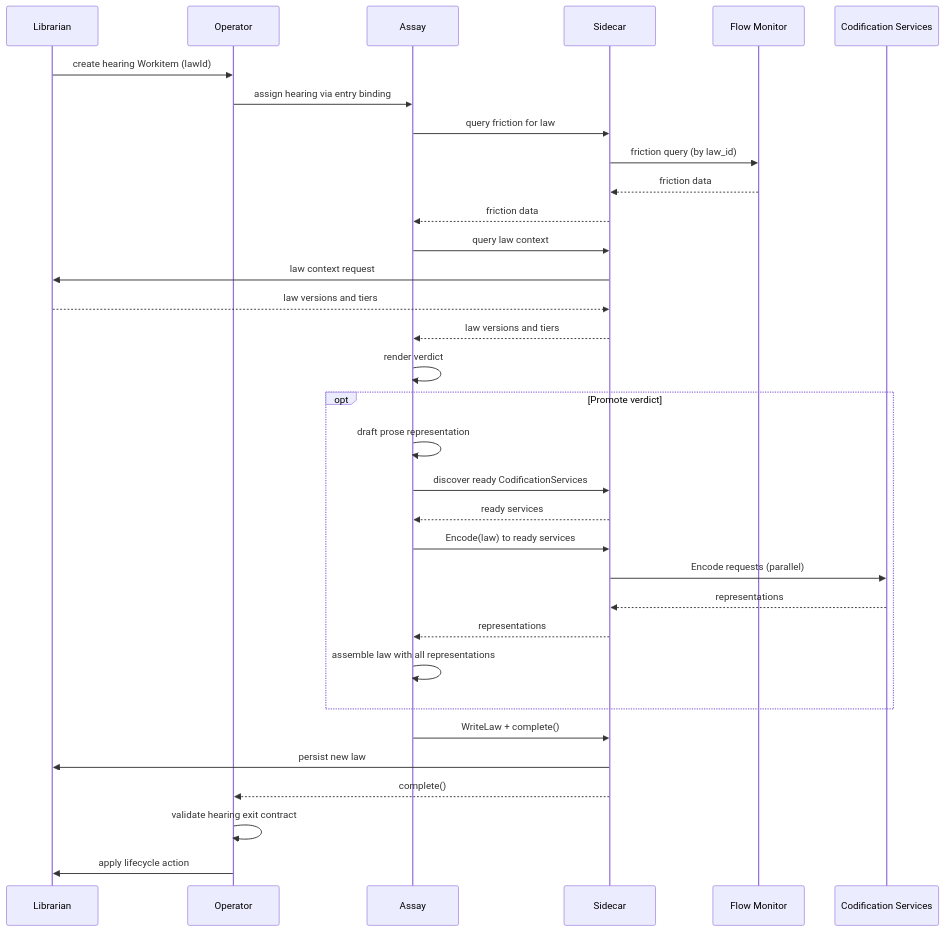
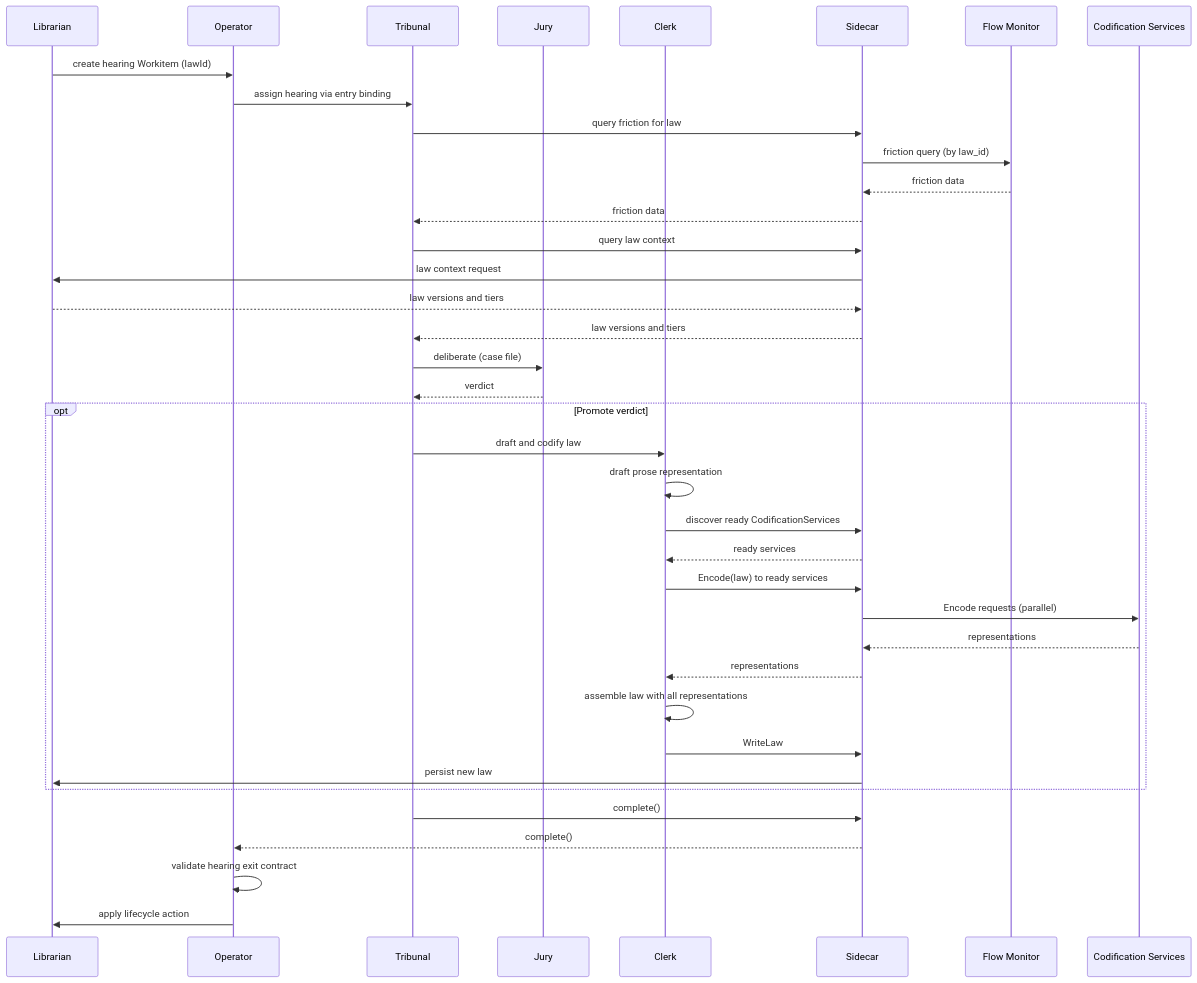
One commit to really-knows-ai/gideas changed the fourth of 4 diagrams in specs/02-flow/04-system-services.md. Above: the diagram before and after it, drawn with Mermaid. The commit also changed other lines of this file and 34 other files, not shown here.

First line of the commit message:
refactor: decompose Assay into Judiciary subsystem (Arbiter, Tribunal, Advocate, Jury, Clerk)

````diff
--- a/specs/02-flow/04-system-services.md
+++ b/specs/02-flow/04-system-services.md
@@ -238,36 +295,41 @@
 ```mermaid
 sequenceDiagram
     participant LB as Librarian
     participant OP as Operator
-    participant AS as Assay
+    participant TB as Tribunal
+    participant JR as Jury
+    participant CL as Clerk
     participant SC as Sidecar
     participant FM as Flow Monitor
     participant CS as Codification Services
 
     LB->>OP: create hearing Workitem (lawId)
-    OP->>AS: assign hearing via entry binding
-    AS->>SC: query friction for law
+    OP->>TB: assign hearing via entry binding
+    TB->>SC: query friction for law
     SC->>FM: friction query (by law_id)
     FM-->>SC: friction data
-    SC-->>AS: friction data
-    AS->>SC: query law context
+    SC-->>TB: friction data
+    TB->>SC: query law context
     SC->>LB: law context request
     LB-->>SC: law versions and tiers
-    SC-->>AS: law versions and tiers
-    AS->>AS: render verdict
+    SC-->>TB: law versions and tiers
+    TB->>JR: deliberate (case file)
+    JR-->>TB: verdict
     opt Promote verdict
-        AS->>AS: draft prose representation
-        AS->>SC: discover ready CodificationServices
-        SC-->>AS: ready services
-        AS->>SC: Encode(law) to ready services
+        TB->>CL: draft and codify law
+        CL->>CL: draft prose representation
+        CL->>SC: discover ready CodificationServices
+        SC-->>CL: ready services
+        CL->>SC: Encode(law) to ready services
         SC->>CS: Encode requests (parallel)
         CS-->>SC: representations
-        SC-->>AS: representations
-        AS->>AS: assemble law with all representations
+        SC-->>CL: representations
+        CL->>CL: assemble law with all representations
+        CL->>SC: WriteLaw
+        SC->>LB: persist new law
     end
-    AS->>SC: WriteLaw + complete()
-    SC->>LB: persist new law
+    TB->>SC: complete()
     SC-->>OP: complete()
     OP->>OP: validate hearing exit contract
     OP->>LB: apply lifecycle action
 ```
````
